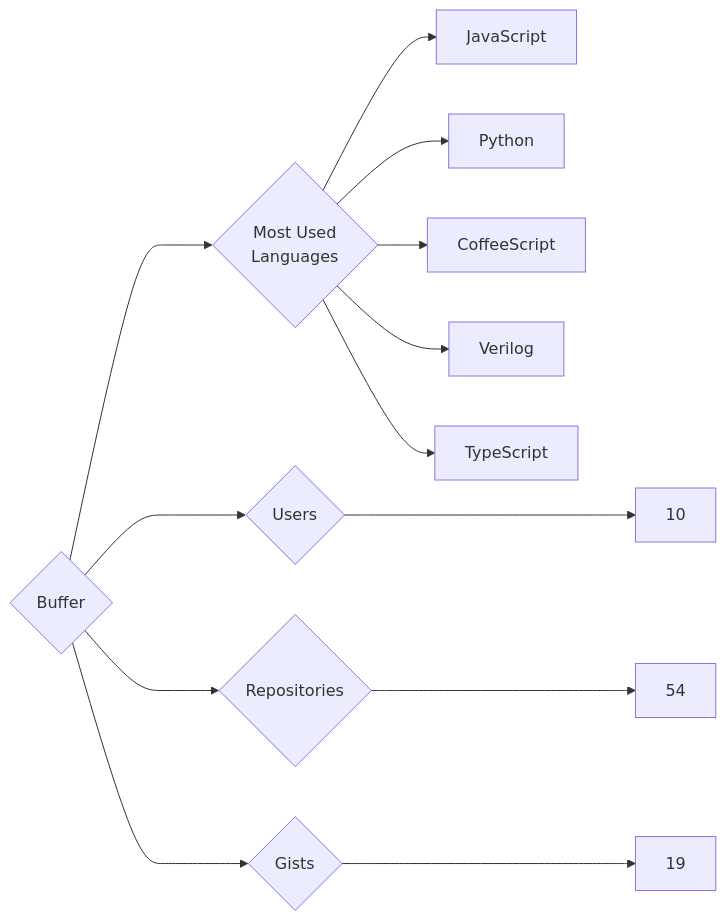
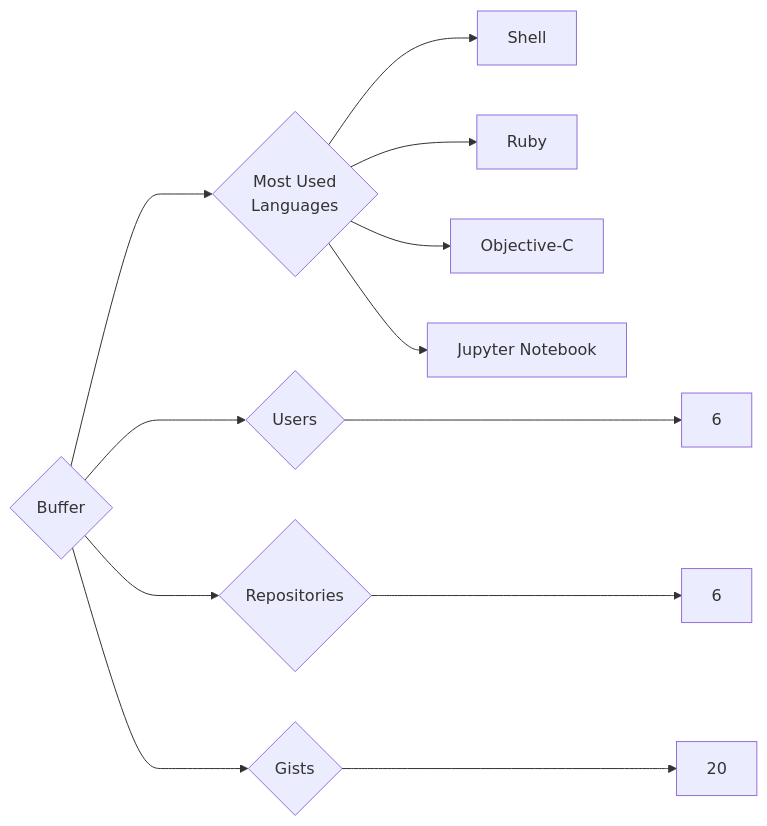
Before and after one commit to trickest/insiders: the diagram in targets/Buffer/README.md, drawn with Mermaid. The commit also changed 1170 other files, not shown here.

````diff
--- a/targets/Buffer/README.md
+++ b/targets/Buffer/README.md
@@ -3,13 +3,12 @@
 ```mermaid
 graph LR
 COMPANY_NAME{Buffer}
-COMPANY_NAME ---> U{Users} ---> UN[10]
-COMPANY_NAME ---> R{Repositories} ---> RN[54]
-COMPANY_NAME ---> G{Gists} ---> GN[19]
+COMPANY_NAME ---> U{Users} ---> UN[6]
+COMPANY_NAME ---> R{Repositories} ---> RN[6]
+COMPANY_NAME ---> G{Gists} ---> GN[20]
 COMPANY_NAME ---> ML{Most Used<br>Languages}
-ML --> JavaScript[JavaScript]
-ML --> Python[Python]
-ML --> CoffeeScript[CoffeeScript]
-ML --> Verilog[Verilog]
-ML --> TypeScript[TypeScript]
+ML --> Shell[Shell]
+ML --> Ruby[Ruby]
+ML --> Objective-C[Objective-C]
+ML --> Jupyter_Notebook[Jupyter Notebook]
 ```
````
